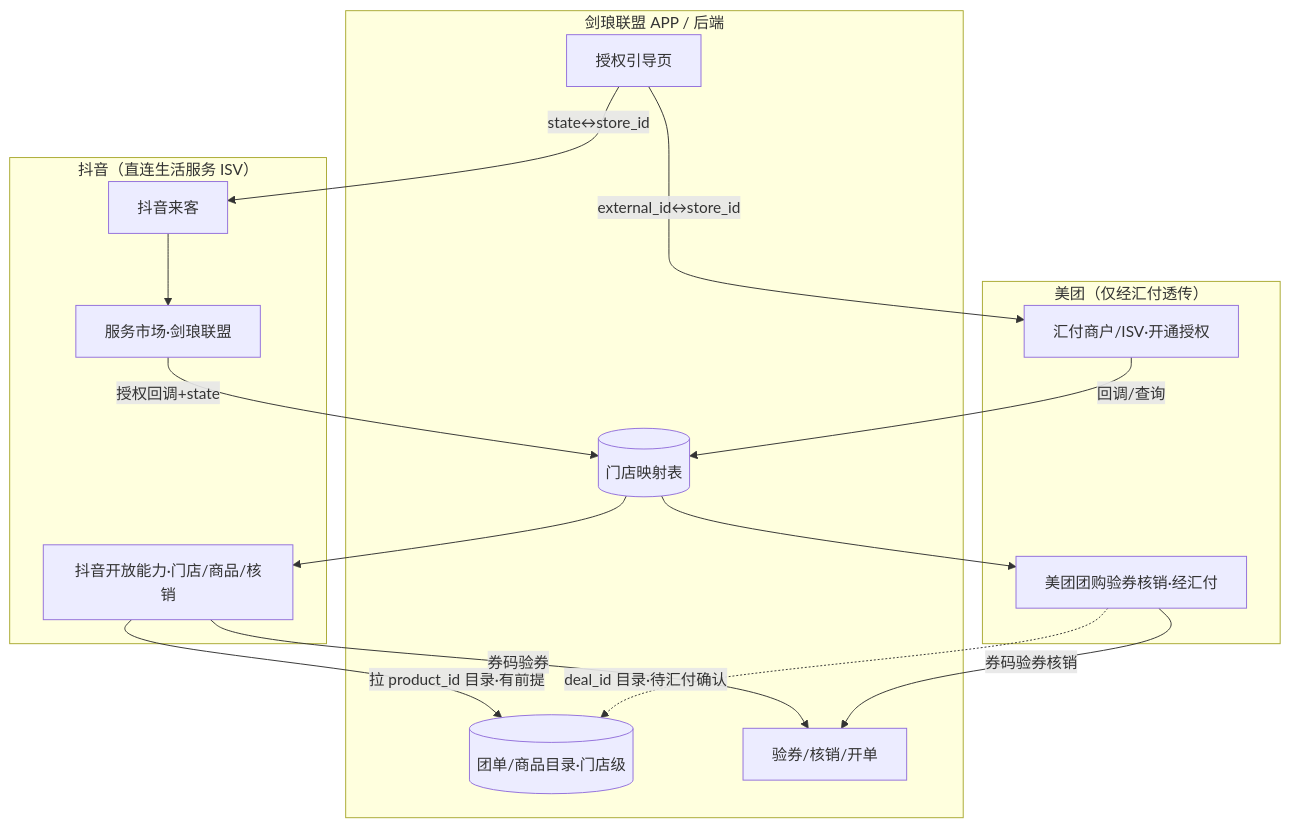
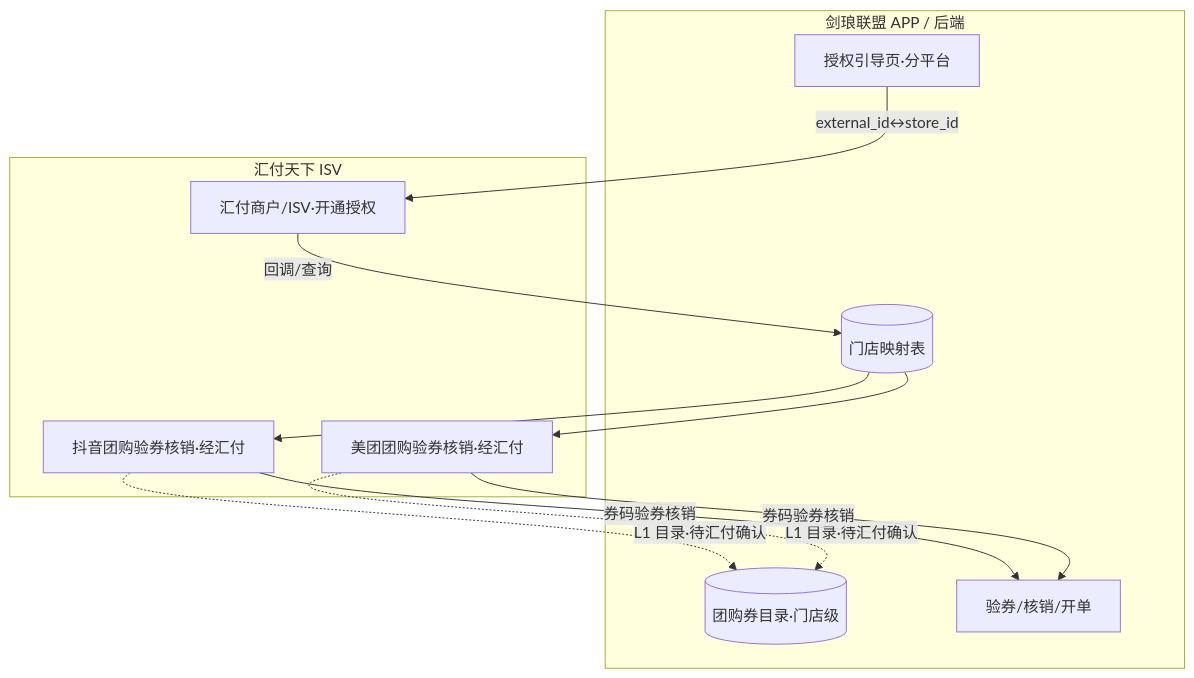
Before and after one commit to XDean-Designer/tiktok: the second of 5 diagrams in PRD-团购核销.md, drawn with Mermaid. The commit also changed other lines of this file and 71 other files, not shown here.

````diff
--- a/PRD-团购核销.md
+++ b/PRD-团购核销.md
@@ -929,33 +965,24 @@
 ```mermaid
 flowchart TB
   subgraph APP["剑琅联盟 APP / 后端"]
-    Guide[授权引导页]
+    Guide[授权引导页·分平台]
     StoreMap[(门店映射表)]
-    DealCat[(团单/商品目录·门店级)]
+    DealCat[(团购券目录·门店级)]
     Verify[验券/核销/开单]
   end
 
-  subgraph DY["抖音（直连生活服务 ISV）"]
-    Laike[抖音来客]
-    Mkt[服务市场·剑琅联盟]
-    DyAPI[抖音开放能力·门店/商品/核销]
-  end
-
-  subgraph MT["美团（仅经汇付透传）"]
+  subgraph HF["汇付天下 ISV"]
     HuiFu[汇付商户/ISV·开通授权]
+    DyCap[抖音团购验券核销·经汇付]
     MtCap[美团团购验券核销·经汇付]
   end
 
-  Guide -->|state↔store_id| Laike
-  Laike --> Mkt
-  Mkt -->|授权回调+state| StoreMap
-  StoreMap --> DyAPI
-  DyAPI -->|拉 product_id 目录·有前提| DealCat
-  DyAPI -->|券码验券| Verify
-
   Guide -->|external_id↔store_id| HuiFu
   HuiFu -->|回调/查询| StoreMap
+  StoreMap --> DyCap
   StoreMap --> MtCap
-  MtCap -.->|deal_id 目录·待汇付确认| DealCat
+  DyCap -.->|L1 目录·待汇付确认| DealCat
+  MtCap -.->|L1 目录·待汇付确认| DealCat
+  DyCap -->|券码验券核销| Verify
   MtCap -->|券码验券核销| Verify
 ```
````
